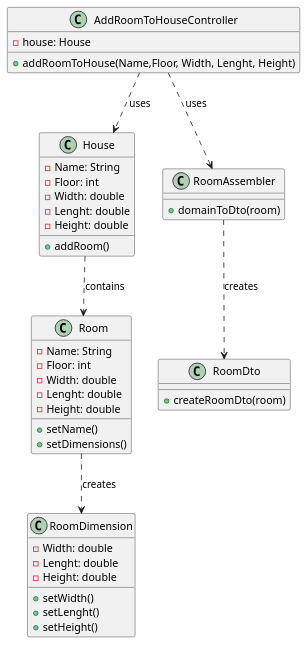
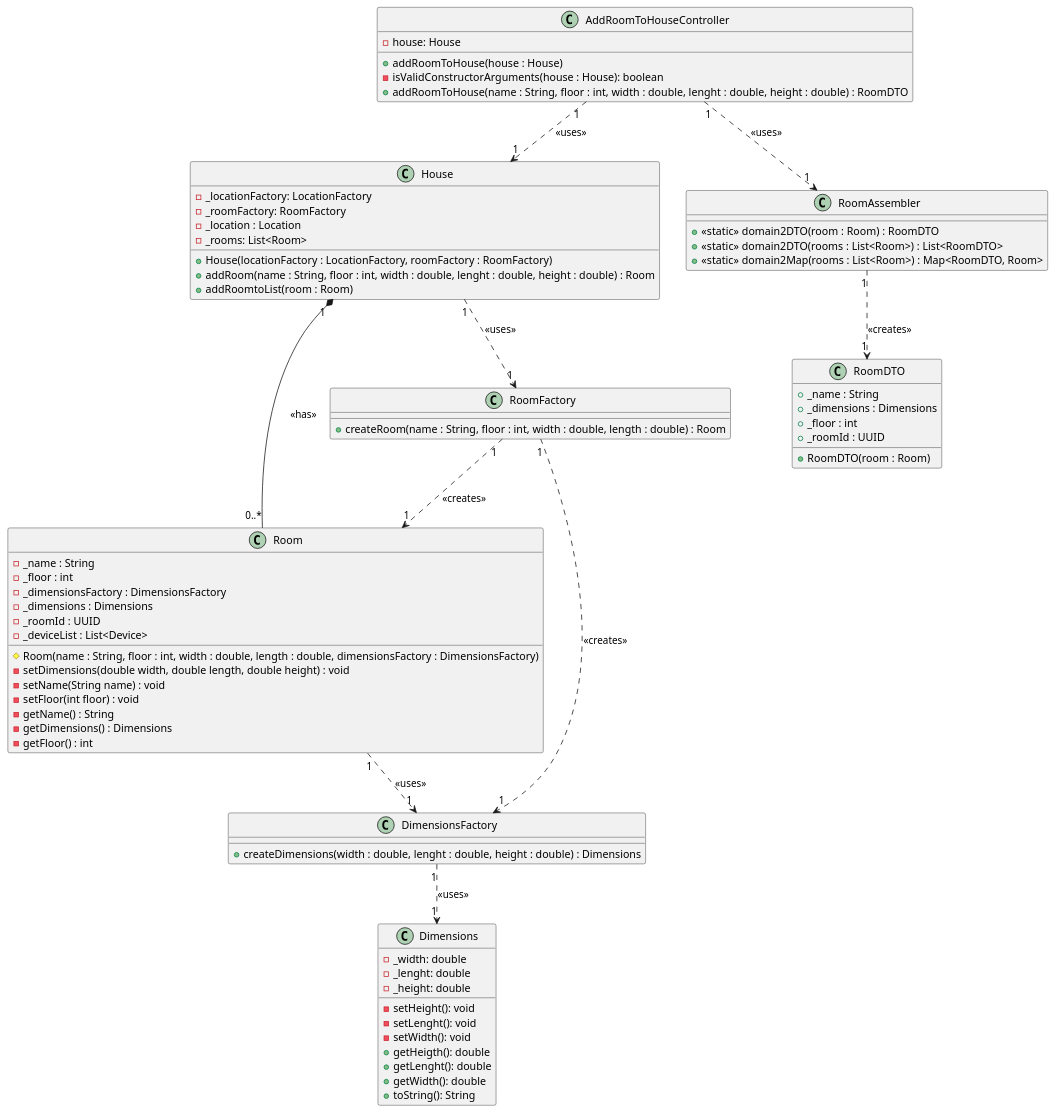
One commit to olivDiogo/SmartHome changed the diagram in docs/ood/classDiagram/US02AddRoomToHouse.puml. Above: the diagram before and after it, drawn with PlantUML.

Commit message:
#42 - US02 Updated class diagram

```diff
--- a/docs/ood/classDiagram/US02AddRoomToHouse.puml
+++ b/docs/ood/classDiagram/US02AddRoomToHouse.puml
@@ -1,50 +1,103 @@
 @startuml
 'https://plantuml.com/sequence-diagram
 
 class AddRoomToHouseController{
+'Attributes'
 - house: House
-+addRoomToHouse(Name,Floor, Width, Lenght, Height)
+
+'Methods'
++addRoomToHouse(house : House)
+-isValidConstructorArguments(house : House): boolean
++addRoomToHouse(name : String, floor : int, width : double, lenght : double, height : double) : RoomDTO
 }
 
 class House{
-- Name: String
-- Floor: int
-- Width: double
-- Lenght: double
-- Height: double
-+addRoom()
+'Attributes'
+-_locationFactory: LocationFactory
+-_roomFactory: RoomFactory
+-_location : Location
+-_rooms: List<Room>
+
+'Methods'
++House(locationFactory : LocationFactory, roomFactory : RoomFactory)
++addRoom(name : String, floor : int, width : double, lenght : double, height : double) : Room
++addRoomtoList(room : Room)
 }
 
+
 class Room{
-- Name: String
-- Floor: int
-- Width: double
-- Lenght: double
-- Height: double
-+setName()
-+setDimensions()
+'Attributes'
+-_name : String
+-_floor : int
+-_dimensionsFactory : DimensionsFactory
+-_dimensions : Dimensions
+-_roomId : UUID
+-_deviceList : List<Device>
+
+'Methods'
+#Room(name : String, floor : int, width : double, length : double, dimensionsFactory : DimensionsFactory)
+-setDimensions(double width, double length, double height) : void
+-setName(String name) : void
+-setFloor(int floor) : void
+-getName() : String
+-getDimensions() : Dimensions
+-getFloor() : int
 }
 
-class RoomDimension{
-- Width: double
-- Lenght: double
--Height: double
-+setWidth()
-+setLenght()
-+setHeight()
+class RoomFactory{
+'Methods'
++createRoom(name : String, floor : int, width : double, length : double) : Room
+}
+
+
+class Dimensions{
+'Atributes'
+-_width: double
+-_lenght: double
+-_height: double
+
+'Methods'
+-setHeight(): void
+-setLenght(): void
+-setWidth(): void
++getHeigth(): double
++getLenght(): double
++getWidth(): double
++toString(): String
+}
+
+class DimensionsFactory{
+'Methods'
++createDimensions(width : double, lenght : double, height : double) : Dimensions
 }
 
 class RoomAssembler{
-+domainToDto(room)
+'Methods'
++ <<static>> domain2DTO(room : Room) : RoomDTO
++ <<static>> domain2DTO(rooms : List<Room>) : List<RoomDTO>
++ <<static>> domain2Map(rooms : List<Room>) : Map<RoomDTO, Room>
 }
 
-class RoomDto{
-+createRoomDto(room)
+class RoomDTO{
+'Attributes'
++_name : String
++_dimensions : Dimensions
++_floor : int
++_roomId : UUID
+
+'Methods'
++RoomDTO(room : Room)
 }
 
-AddRoomToHouseController  ..>  House: uses
-House  ..>  Room: contains
-Room  ..>  RoomDimension: creates
-AddRoomToHouseController ..>  RoomAssembler: uses
-RoomAssembler  ..>  RoomDto: creates
+
+AddRoomToHouseController "1" ..> "1" House: <<uses>>
+House "1" ..> "1" RoomFactory: <<uses>>
+RoomFactory "1" ..> "1" Room: <<creates>>
+RoomFactory "1" ..> "1" DimensionsFactory: <<creates>>
+DimensionsFactory "1" ..> "1" Dimensions: <<uses>>
+AddRoomToHouseController "1" ..> "1"  RoomAssembler: <<uses>>
+RoomAssembler  "1"..> "1" RoomDTO: <<creates>>
+Room  "1"..> "1" DimensionsFactory: <<uses>>
+House "1" *-- "0..*" Room: <<has>>
+
 @enduml
```
